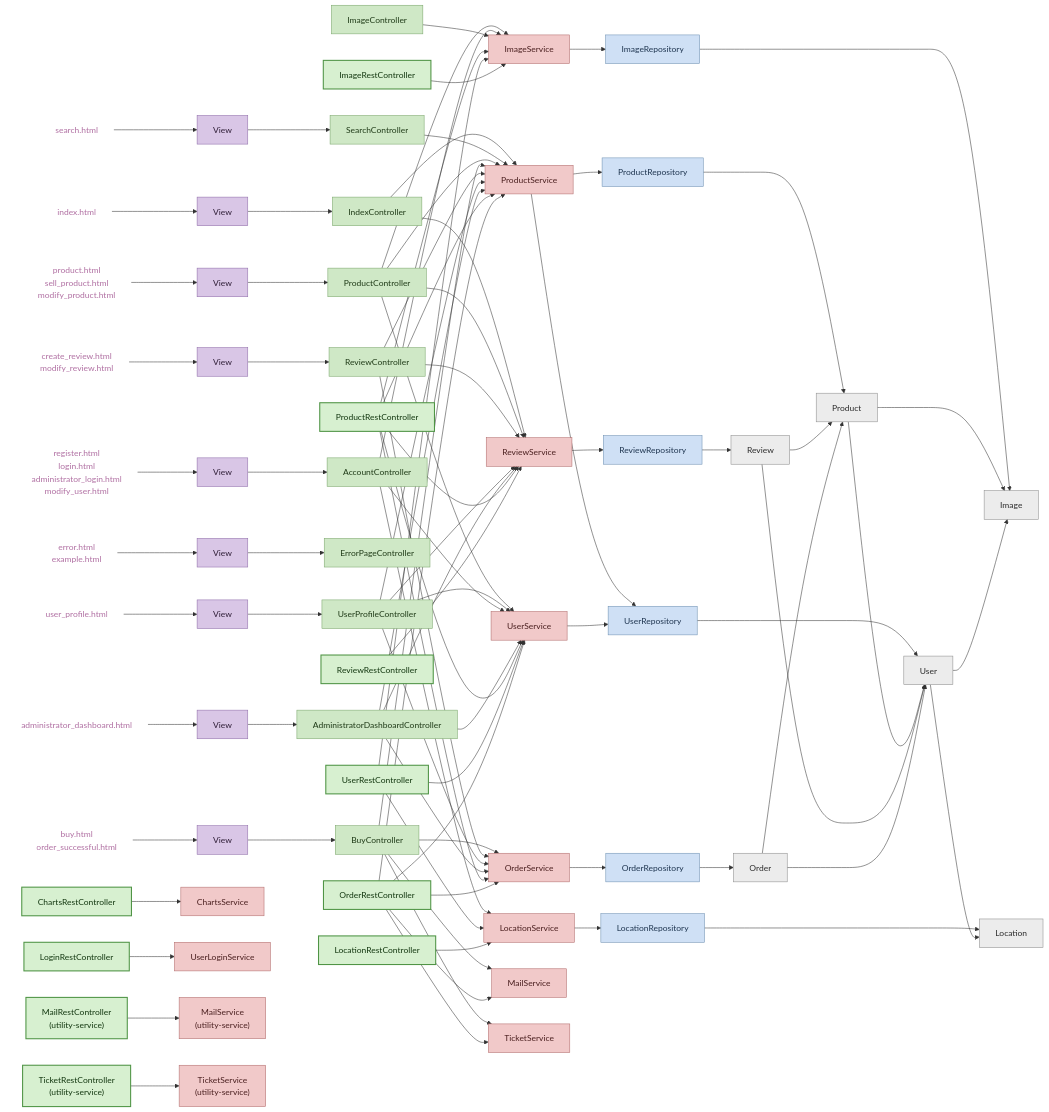
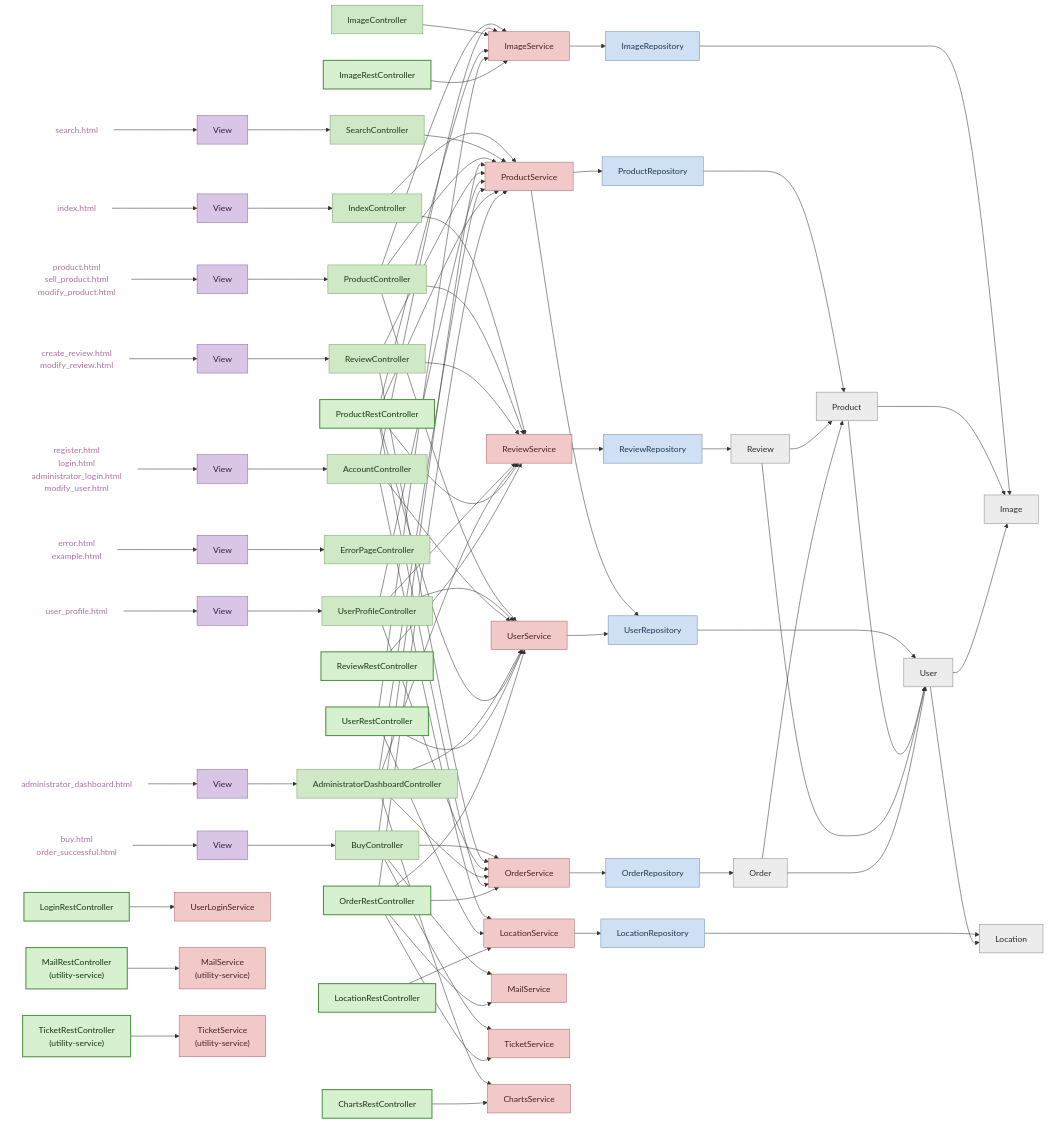
The third of 3 diagrams in README.md (CodeURJC-SSDD-2025-26/practica-ssdd-2025-26-grupo-13), drawn with Mermaid before and after one commit. The commit also changed other lines of this file and 4 other files, not shown here.

```diff
--- a/README.md
+++ b/README.md
@@ -549,6 +549,7 @@
   C_admin --> S_product
   C_admin --> S_review
   C_admin --> S_order
+   C_admin --> S_charts
 
   C_image --> S_image
 
```
